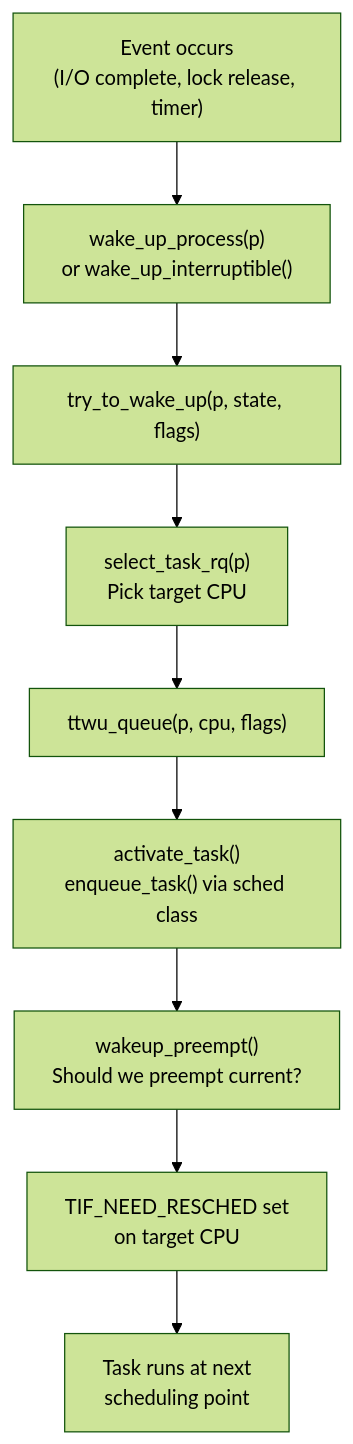
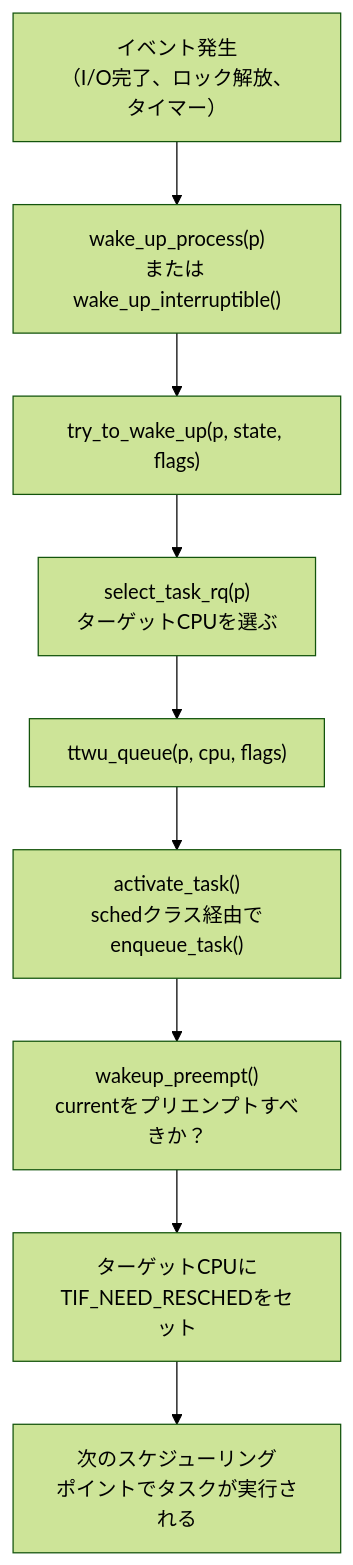
The first of 2 diagrams in docs/sched/wakeup.md (doguto/linux-kernel-internals-jp), drawn with Mermaid (forest theme) before and after one commit. The commit also changed other lines of this file and 113 other files, not shown here.

````diff
--- a/docs/sched/wakeup.md
+++ b/docs/sched/wakeup.md
@@ -9,14 +9,14 @@
 ```mermaid
 flowchart TB
-    A["Event occurs<br/>(I/O complete, lock release, timer)"]
-    B["wake_up_process(p)<br/>or wake_up_interruptible()"]
+    A["イベント発生<br/>（I/O完了、ロック解放、タイマー）"]
+    B["wake_up_process(p)<br/>または wake_up_interruptible()"]
     C["try_to_wake_up(p, state, flags)"]
-    D["select_task_rq(p)<br/>Pick target CPU"]
+    D["select_task_rq(p)<br/>ターゲットCPUを選ぶ"]
     E["ttwu_queue(p, cpu, flags)"]
-    F["activate_task()<br/>enqueue_task() via sched class"]
-    G["wakeup_preempt()<br/>Should we preempt current?"]
-    H["TIF_NEED_RESCHED set<br/>on target CPU"]
-    I["Task runs at next<br/>scheduling point"]
+    F["activate_task()<br/>schedクラス経由でenqueue_task()"]
+    G["wakeup_preempt()<br/>currentをプリエンプトすべきか？"]
+    H["ターゲットCPUに<br/>TIF_NEED_RESCHEDをセット"]
+    I["次のスケジューリング<br/>ポイントでタスクが実行される"]
 
     A --> B --> C --> D --> E --> F --> G --> H --> I
 ```
````
